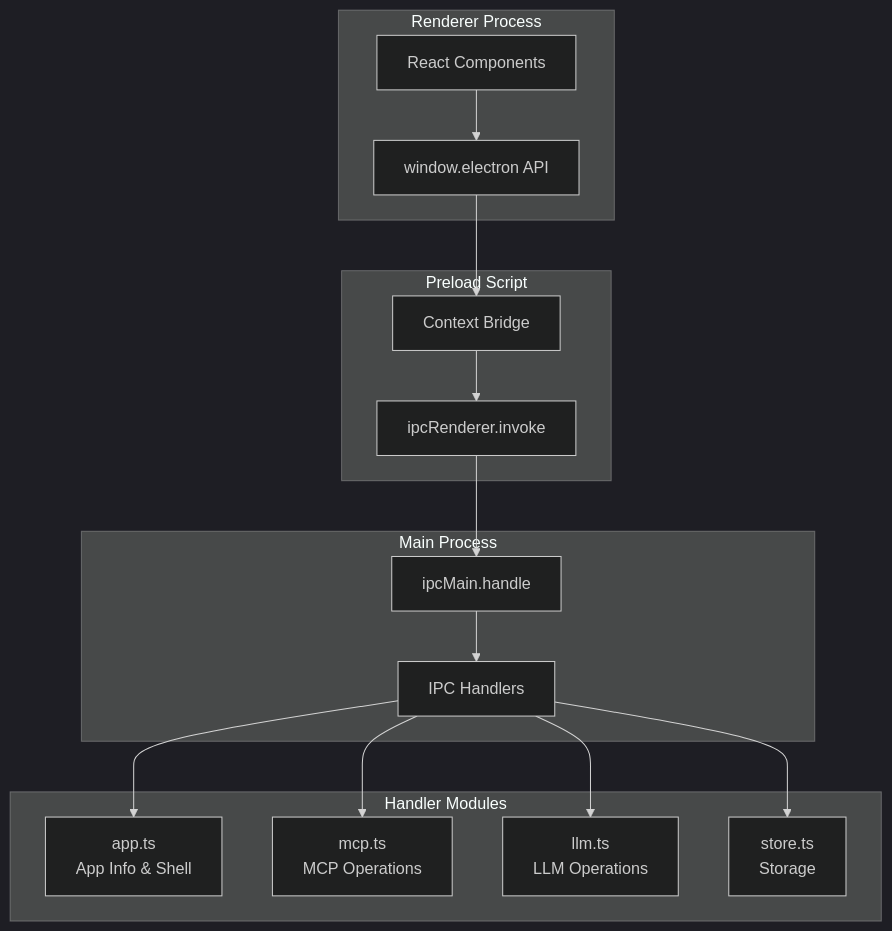
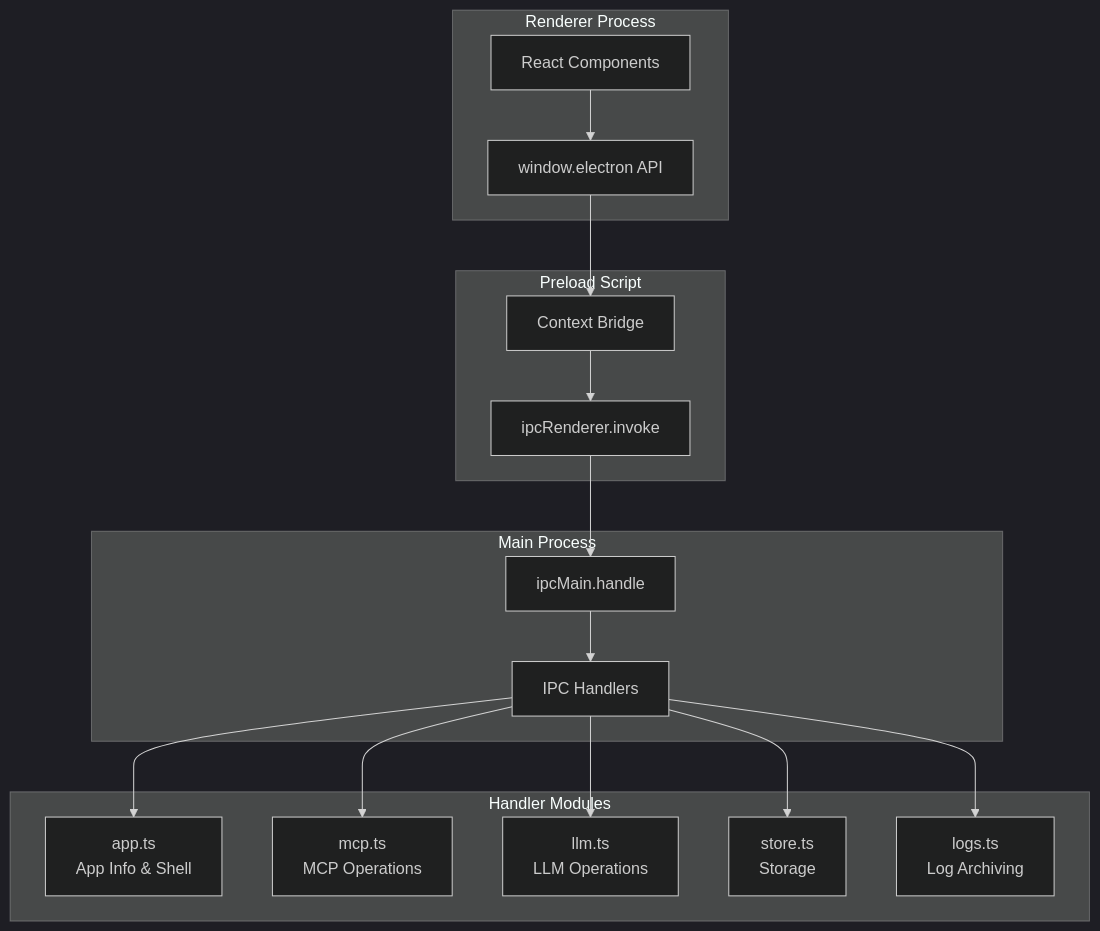
Before and after one commit to meharajM/ai-worker.app: the tenth of 23 diagrams in architecture.md, drawn with Mermaid (dark theme). The commit also changed other lines of this file and 1 other file, not shown here.

Commit message:
feat: Introduce recursive multi-agent system with Bun sidecar, update architecture documentation, and add logging, new UI components, and expanded LLM providers.

````diff
--- a/architecture.md
+++ b/architecture.md
@@ -344,34 +355,36 @@
 ```mermaid
 graph TB
     subgraph "Renderer Process"
         Renderer[React Components]
         ElectronAPI[window.electron API]
     end
 
     subgraph "Preload Script"
         ContextBridge[Context Bridge]
         IPCInvoke[ipcRenderer.invoke]
     end
 
     subgraph "Main Process"
         IPCReceive[ipcMain.handle]
         Handlers[IPC Handlers]
     end
 
     subgraph "Handler Modules"
         AppH[app.ts<br/>App Info & Shell]
         MCPH[mcp.ts<br/>MCP Operations]
         LLMH[llm.ts<br/>LLM Operations]
         StoreH[store.ts<br/>Storage]
+        LogH[logs.ts<br/>Log Archiving]
     end
 
     Renderer --> ElectronAPI
     ElectronAPI --> ContextBridge
     ContextBridge --> IPCInvoke
     IPCInvoke --> IPCReceive
     IPCReceive --> Handlers
     Handlers --> AppH
     Handlers --> MCPH
     Handlers --> LLMH
     Handlers --> StoreH
+    Handlers --> LogH
 ```
````
